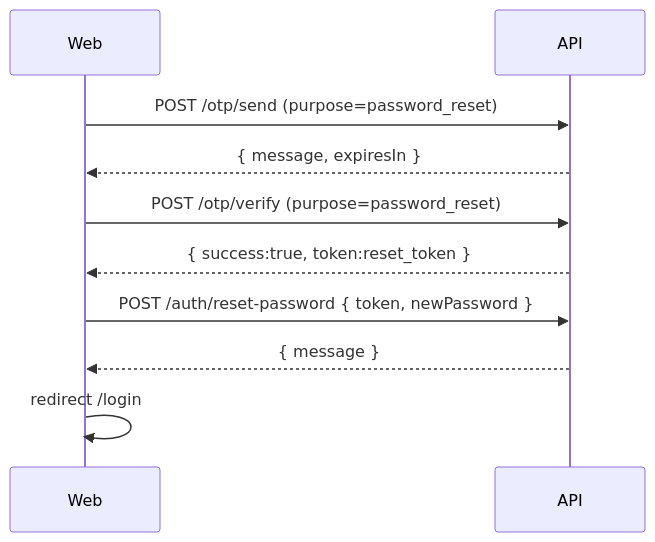
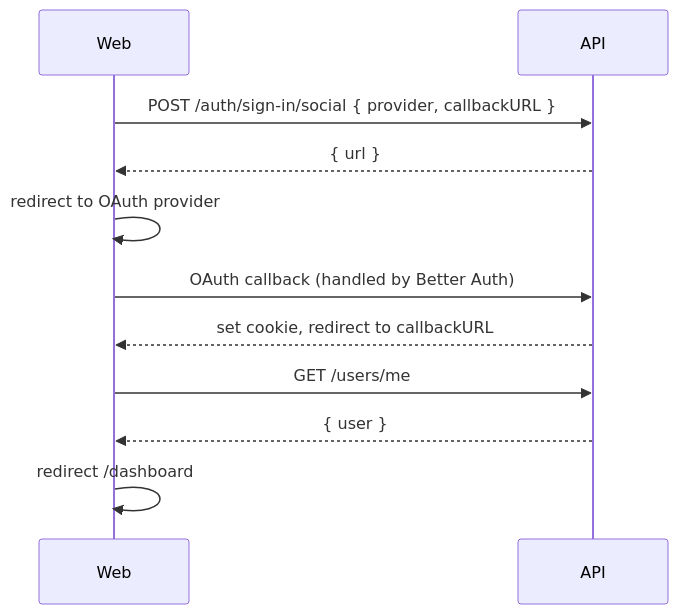
The second of 2 diagrams in apps/web/src/shared/auth/README.md (withbmo/bmo-stack), drawn with Mermaid before and after one commit. The commit also changed other lines of this file and 359 other files, not shown here.

````diff
--- a/apps/web/src/shared/auth/README.md
+++ b/apps/web/src/shared/auth/README.md
@@ -77,12 +38,13 @@
 ```mermaid
 sequenceDiagram
   participant Web
   participant API
-  Web->>API: POST /otp/send (purpose=password_reset)
-  API-->>Web: { message, expiresIn }
-  Web->>API: POST /otp/verify (purpose=password_reset)
-  API-->>Web: { success:true, token:reset_token }
-  Web->>API: POST /auth/reset-password { token, newPassword }
-  API-->>Web: { message }
-  Web->>Web: redirect /login
+  Web->>API: POST /auth/sign-in/social { provider, callbackURL }
+  API-->>Web: { url }
+  Web->>Web: redirect to OAuth provider
+  Web->>API: OAuth callback (handled by Better Auth)
+  API-->>Web: set cookie, redirect to callbackURL
+  Web->>API: GET /users/me
+  API-->>Web: { user }
+  Web->>Web: redirect /dashboard
 ```
````
